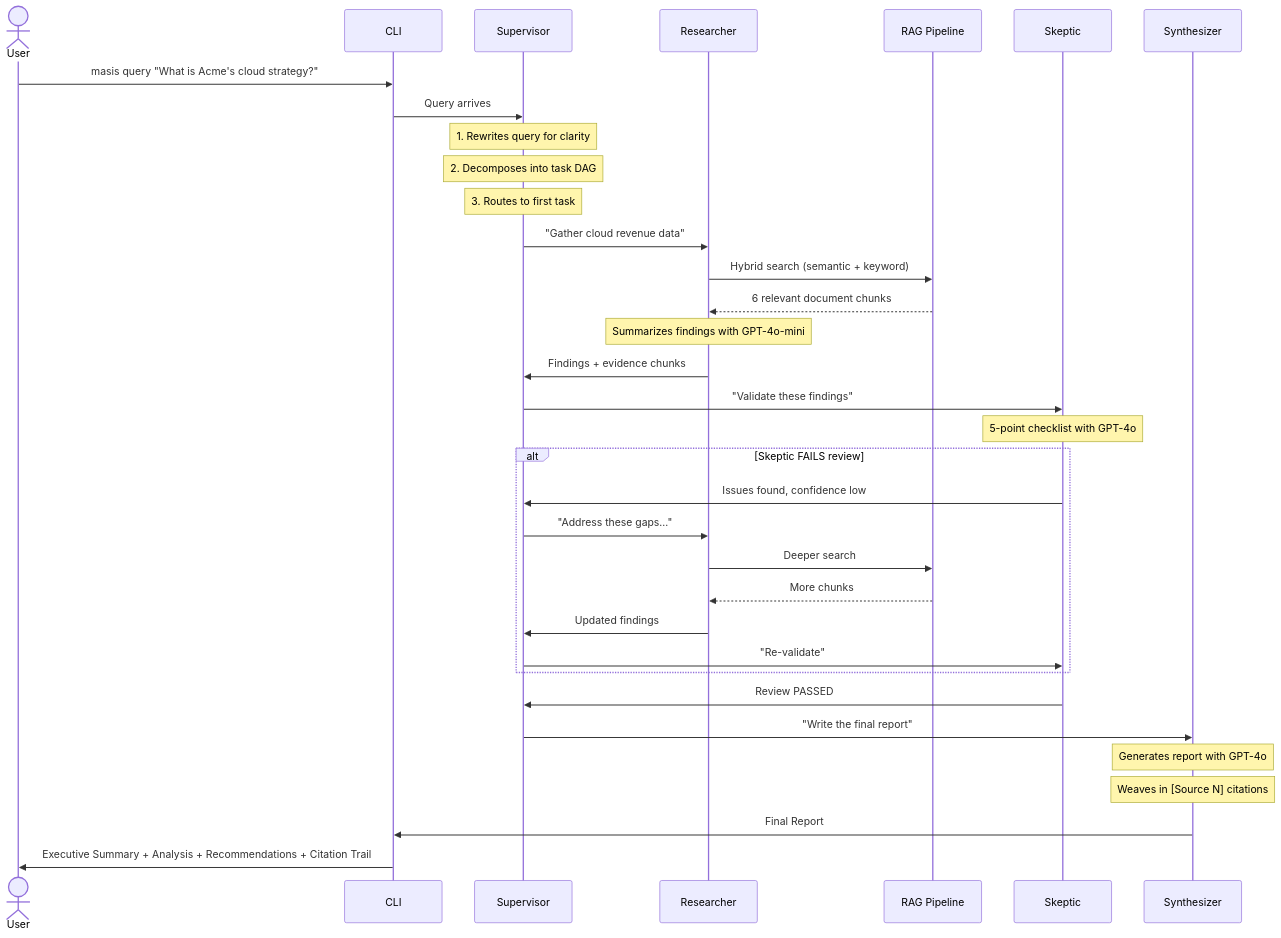
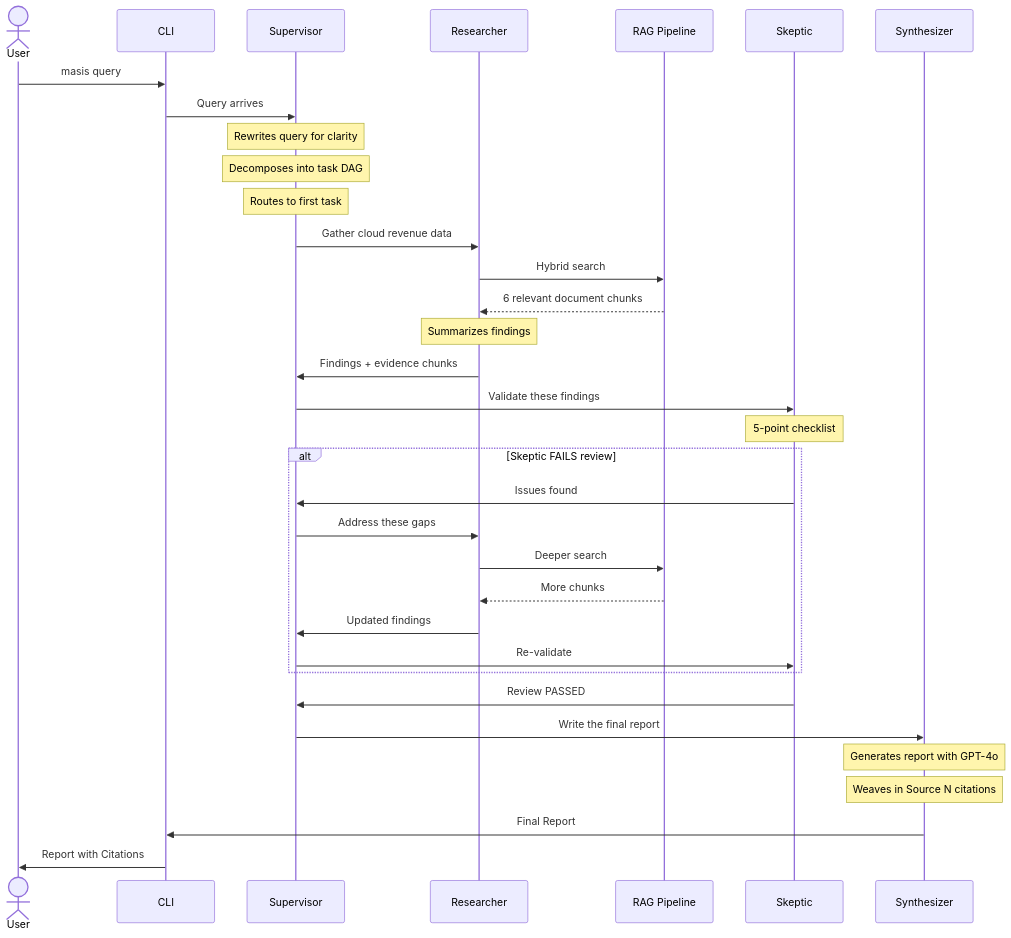
Before and after one commit to aspunith/MultAgent-Strategic-Intelligence-System: the second of 6 diagrams in README.md, drawn with Mermaid. The commit also changed other lines of this file, not shown here.

Commit message:
Fix all 6 Mermaid diagrams for GitHub: remove quotes, special chars, simplify nodes

````diff
--- a/README.md
+++ b/README.md
@@ -132,42 +124,42 @@
 ```mermaid
 sequenceDiagram
     actor User
     participant CLI
     participant Sup as Supervisor
     participant Res as Researcher
     participant RAG as RAG Pipeline
     participant Skp as Skeptic
     participant Syn as Synthesizer
 
-    User->>CLI: masis query "What is Acme's cloud strategy?"
+    User->>CLI: masis query
     CLI->>Sup: Query arrives
-    
-    Note over Sup: 1. Rewrites query for clarity
-    Note over Sup: 2. Decomposes into task DAG
-    Note over Sup: 3. Routes to first task
-    
-    Sup->>Res: "Gather cloud revenue data"
-    Res->>RAG: Hybrid search (semantic + keyword)
+
+    Note over Sup: Rewrites query for clarity
+    Note over Sup: Decomposes into task DAG
+    Note over Sup: Routes to first task
+
+    Sup->>Res: Gather cloud revenue data
+    Res->>RAG: Hybrid search
     RAG-->>Res: 6 relevant document chunks
-    Note over Res: Summarizes findings with GPT-4o-mini
+    Note over Res: Summarizes findings
     Res->>Sup: Findings + evidence chunks
 
-    Sup->>Skp: "Validate these findings"
-    Note over Skp: 5-point checklist with GPT-4o
-    
+    Sup->>Skp: Validate these findings
+    Note over Skp: 5-point checklist
+
     alt Skeptic FAILS review
-        Skp->>Sup: Issues found, confidence low
-        Sup->>Res: "Address these gaps..."
+        Skp->>Sup: Issues found
+        Sup->>Res: Address these gaps
         Res->>RAG: Deeper search
         RAG-->>Res: More chunks
         Res->>Sup: Updated findings
-        Sup->>Skp: "Re-validate"
+        Sup->>Skp: Re-validate
     end
-    
+
     Skp->>Sup: Review PASSED
-    Sup->>Syn: "Write the final report"
+    Sup->>Syn: Write the final report
     Note over Syn: Generates report with GPT-4o
-    Note over Syn: Weaves in [Source N] citations
+    Note over Syn: Weaves in Source N citations
     Syn->>CLI: Final Report
-    CLI->>User: Executive Summary + Analysis + Recommendations + Citation Trail
+    CLI->>User: Report with Citations
 ```
````
